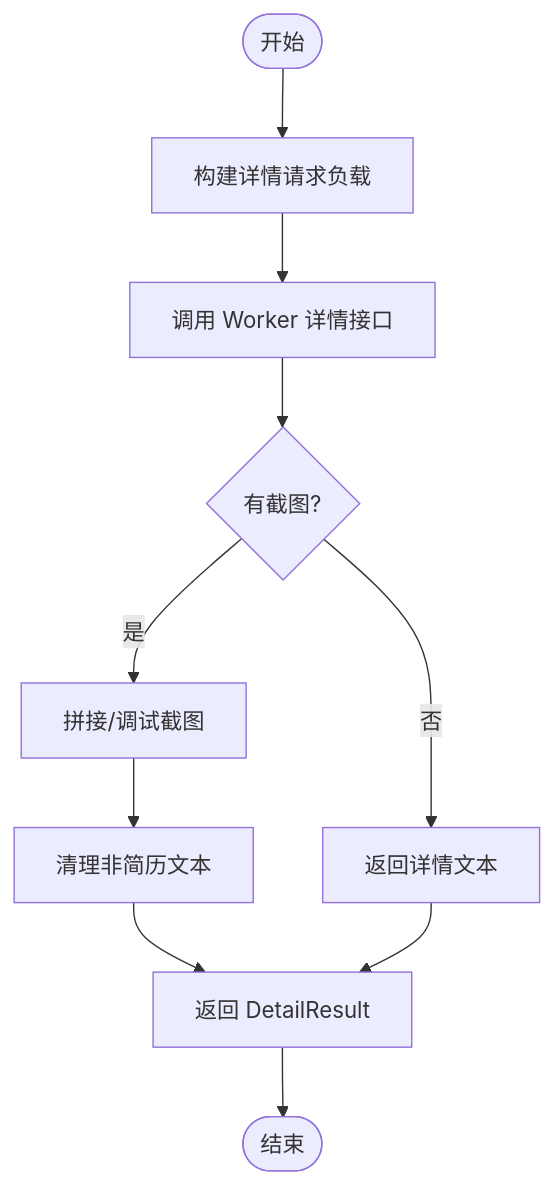
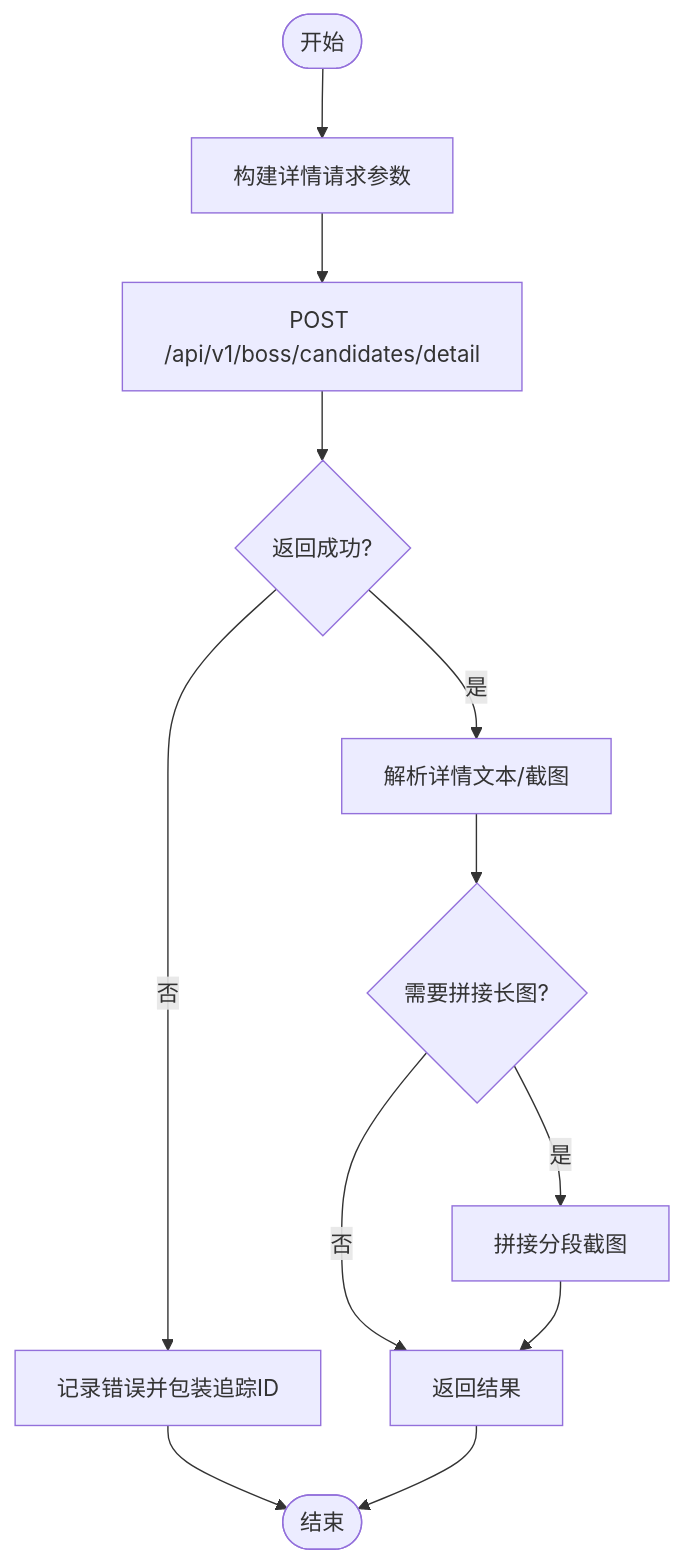
The third of 8 diagrams in .qoder/repowiki/zh/content/本地执行器/平台适配器/Boss直聘适配器/简历详情解析.md (alvinwangzi/goodhr), drawn with Mermaid before and after one commit. The commit also changed other lines of this file and 149 other files, not shown here.

````diff
--- a/.qoder/repowiki/zh/content/本地执行器/平台适配器/Boss直聘适配器/简历详情解析.md
+++ b/.qoder/repowiki/zh/content/本地执行器/平台适配器/Boss直聘适配器/简历详情解析.md
@@ -135,12 +154,14 @@
 ```mermaid
 flowchart TD
-Start(["开始"]) --> Build["构建详情请求负载"]
-Build --> CallWorker["调用 Worker 详情接口"]
-CallWorker --> HasScreenshot{"有截图?"}
-HasScreenshot -- 否 --> ReturnText["返回详情文本"]
-HasScreenshot -- 是 --> Stitch["拼接/调试截图"]
-Stitch --> Clean["清理非简历文本"]
-Clean --> Return["返回 DetailResult"]
-ReturnText --> Return
-Return --> End(["结束"])
+Start(["开始"]) --> BuildReq["构建详情请求参数"]
+BuildReq --> PostAPI["POST /api/v1/boss/candidates/detail"]
+PostAPI --> Resp{"返回成功?"}
+Resp --> |否| LogErr["记录错误并包装追踪ID"]
+LogErr --> End(["结束"])
+Resp --> |是| ParseData["解析详情文本/截图"]
+ParseData --> Stitch{"需要拼接长图?"}
+Stitch --> |是| Merge["拼接分段截图"]
+Stitch --> |否| Return["返回结果"]
+Merge --> Return
+Return --> End
 ```
````
